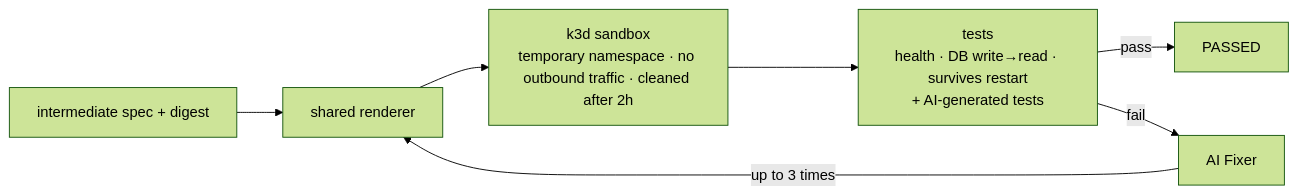
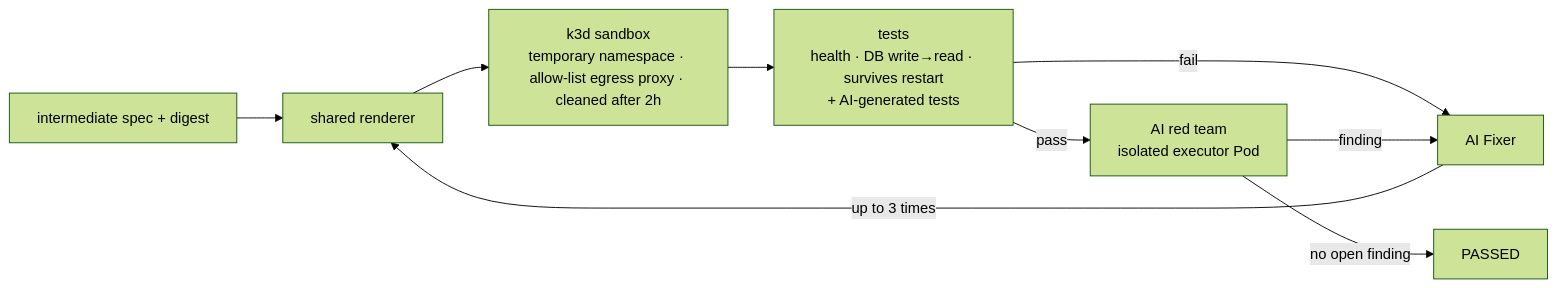
The fourth of 9 diagrams in README.md (SoftBank-Hackathon-2026-Team-Jackal/cloud-migration-platform), drawn with Mermaid (forest theme) before and after one commit. The commit also changed other lines of this file and 2 other files, not shown here.

````diff
--- a/README.md
+++ b/README.md
@@ -108,8 +126,10 @@
 ```mermaid
 flowchart LR
   REQ[intermediate spec + digest] --> RD[shared renderer]
-  RD --> K3D[k3d sandbox<br/>temporary namespace · no outbound traffic · cleaned after 2h]
+  RD --> K3D[k3d sandbox<br/>temporary namespace · allow-list egress proxy · cleaned after 2h]
   K3D --> T[tests<br/>health · DB write→read · survives restart<br/>+ AI-generated tests]
-  T -->|pass| OK[PASSED]
   T -->|fail| FX[AI Fixer] -->|up to 3 times| RD
+  T -->|pass| RT[AI red team<br/>isolated executor Pod]
+  RT -->|finding| FX
+  RT -->|no open finding| OK[PASSED]
 ```
````
